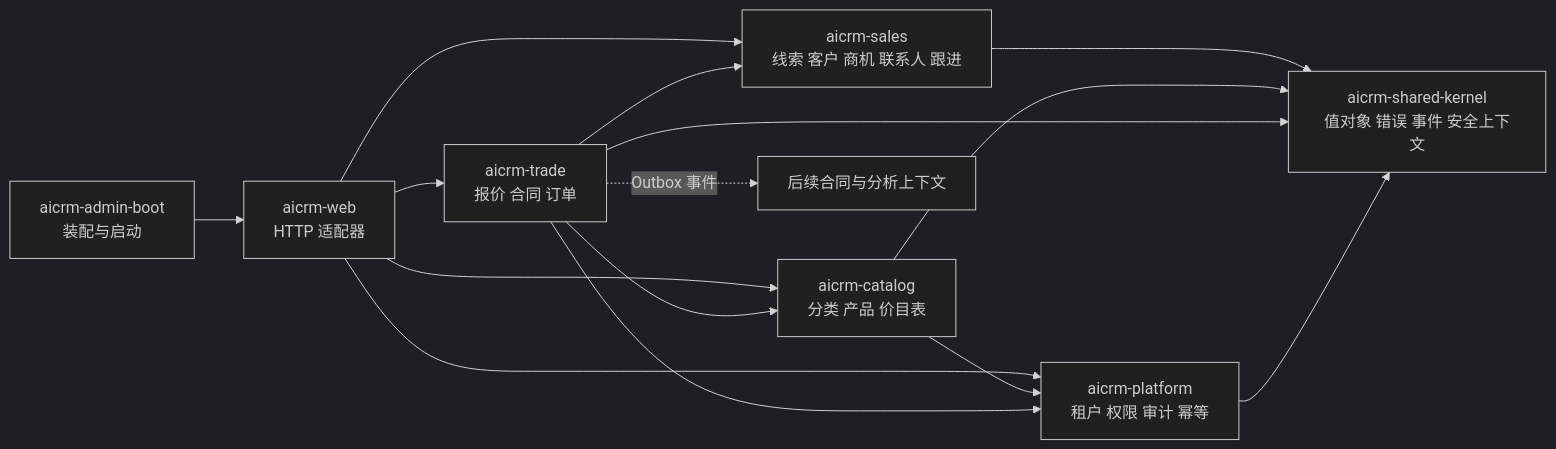
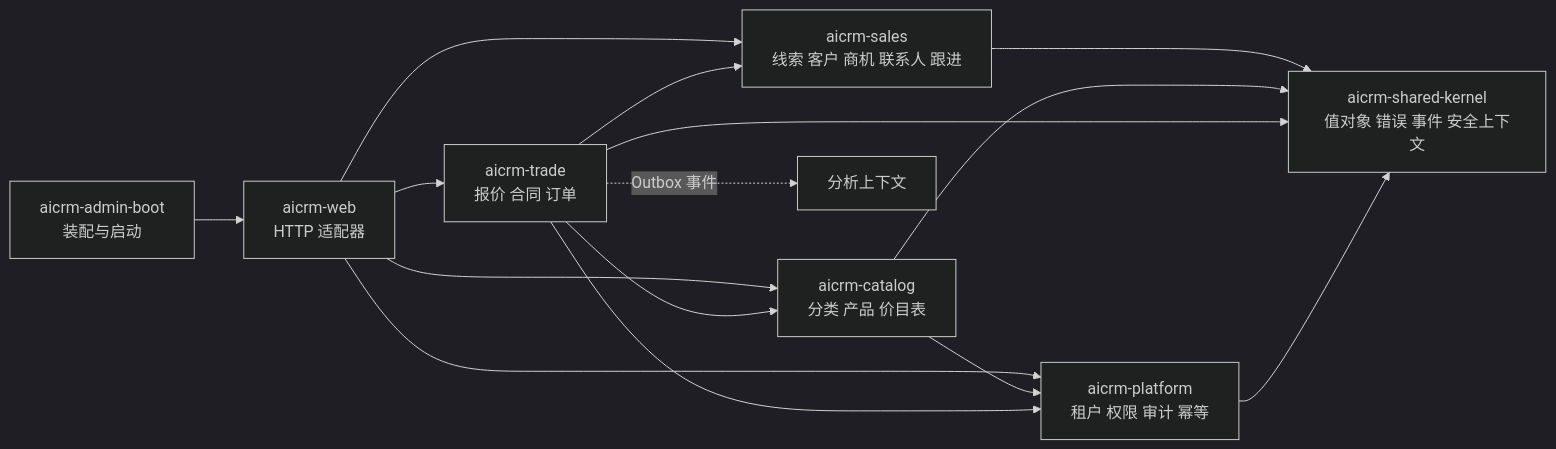
Before and after one commit to Squirtles331/AiCRM: the diagram in docs/architecture/README.md, drawn with Mermaid (dark theme). The commit also changed other lines of this file and 7 other files, not shown here.

````diff
--- a/docs/architecture/README.md
+++ b/docs/architecture/README.md
@@ -11,17 +11,17 @@
 ```mermaid
 flowchart LR
     WEB["aicrm-web\nHTTP 适配器"] --> PLATFORM["aicrm-platform\n租户 权限 审计 幂等"]
     WEB --> SALES["aicrm-sales\n线索 客户 商机 联系人 跟进"]
     WEB --> CATALOG["aicrm-catalog\n分类 产品 价目表"]
     WEB --> TRADE["aicrm-trade\n报价 合同 订单"]
     SALES --> KERNEL["aicrm-shared-kernel\n值对象 错误 事件 安全上下文"]
     CATALOG --> KERNEL
     TRADE --> KERNEL
     PLATFORM --> KERNEL
     BOOT["aicrm-admin-boot\n装配与启动"] --> WEB
     CATALOG --> PLATFORM
     TRADE --> PLATFORM
     TRADE --> SALES
     TRADE --> CATALOG
-    TRADE -. "Outbox 事件" .-> FUTURE["后续合同与分析上下文"]
+    TRADE -. "Outbox 事件" .-> FUTURE["分析上下文"]
 ```
````
